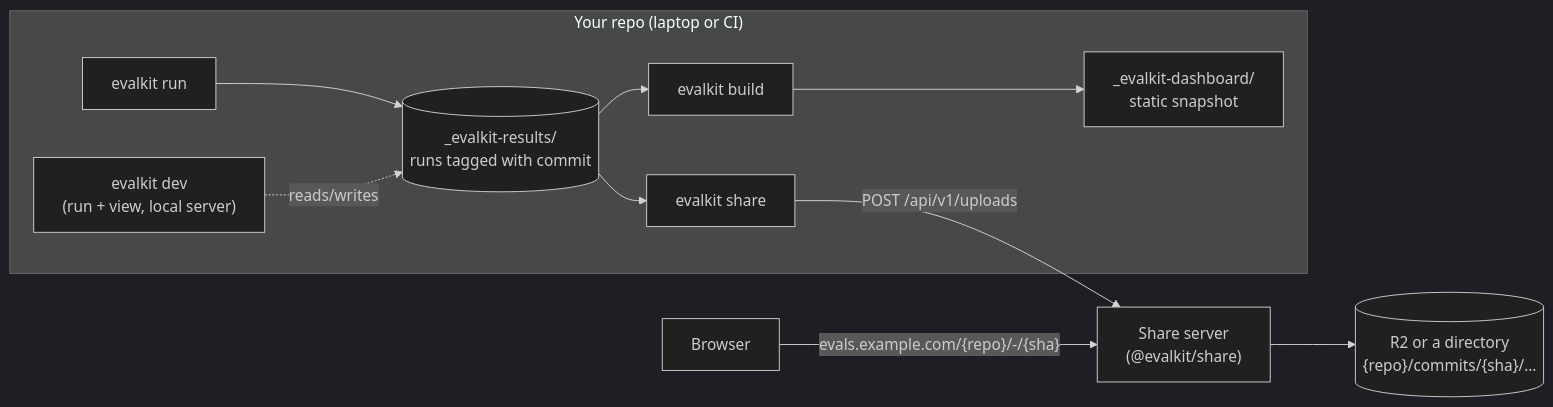
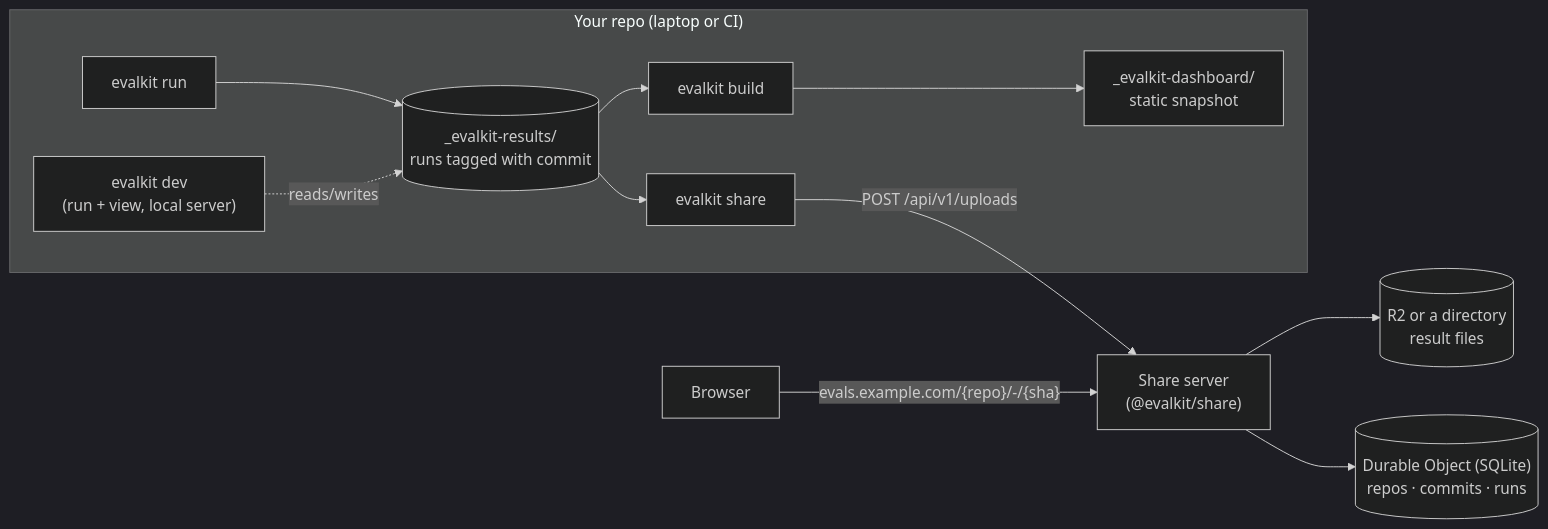
Before and after one commit to leostera/evalkit: the first of 9 diagrams in docs/rfds/RFD0006-commit-provenance-and-share-server.md, drawn with Mermaid (dark theme). The commit also changed other lines of this file, not shown here.

First line of the commit message:
docs(rfd): RFD0006 index share metadata in a Durable Object

````diff
--- a/docs/rfds/RFD0006-commit-provenance-and-share-server.md
+++ b/docs/rfds/RFD0006-commit-provenance-and-share-server.md
@@ -43,12 +45,13 @@
 ```mermaid
 flowchart LR
   subgraph local["Your repo (laptop or CI)"]
     run["evalkit run"] --> results[("_evalkit-results/<br/>runs tagged with commit")]
     results --> build["evalkit build"] --> snap["_evalkit-dashboard/<br/>static snapshot"]
     results --> share["evalkit share"]
     dev["evalkit dev<br/>(run + view, local server)"] -.reads/writes.-> results
   end
   share -- "POST /api/v1/uploads" --> server["Share server<br/>(@evalkit/share)"]
-  server --> r2[("R2 or a directory<br/>{repo}/commits/{sha}/…")]
+  server --> r2[("R2 or a directory<br/>result files")]
+  server --> idx[("Durable Object (SQLite)<br/>repos · commits · runs")]
   browser["Browser"] -- "evals.example.com/{repo}/-/{sha}" --> server
 ```
````
